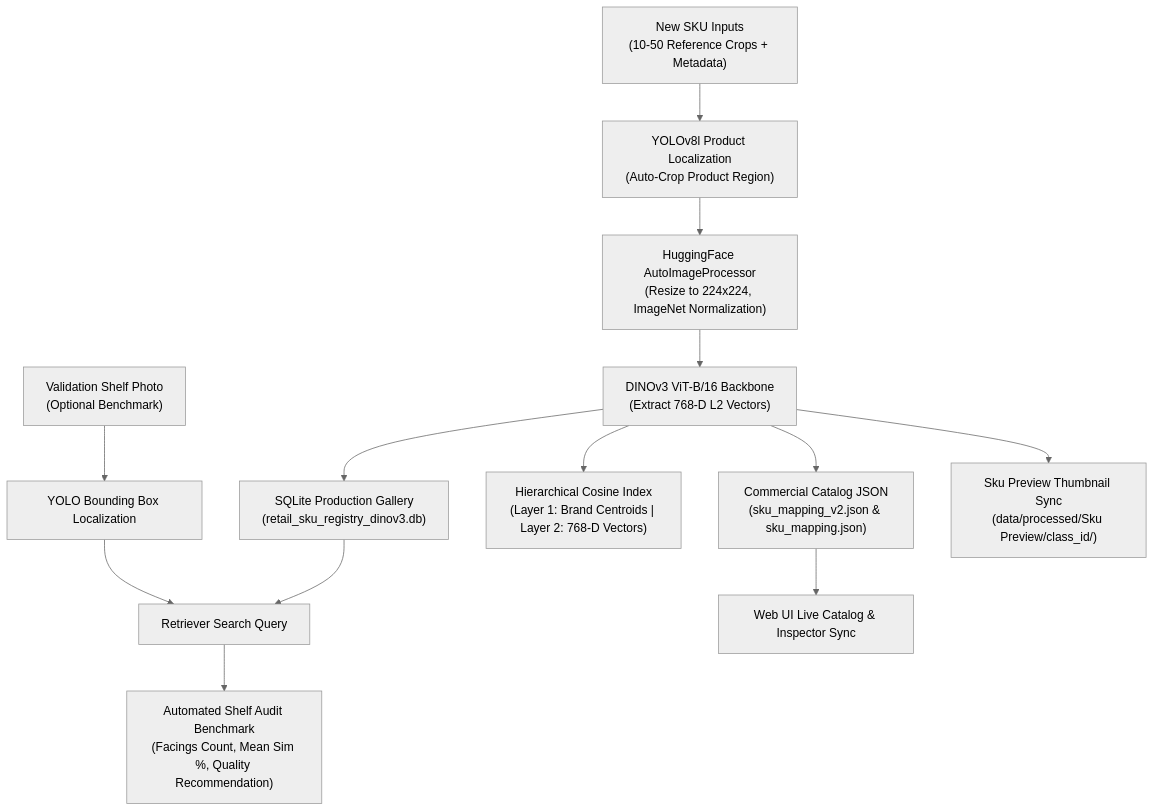
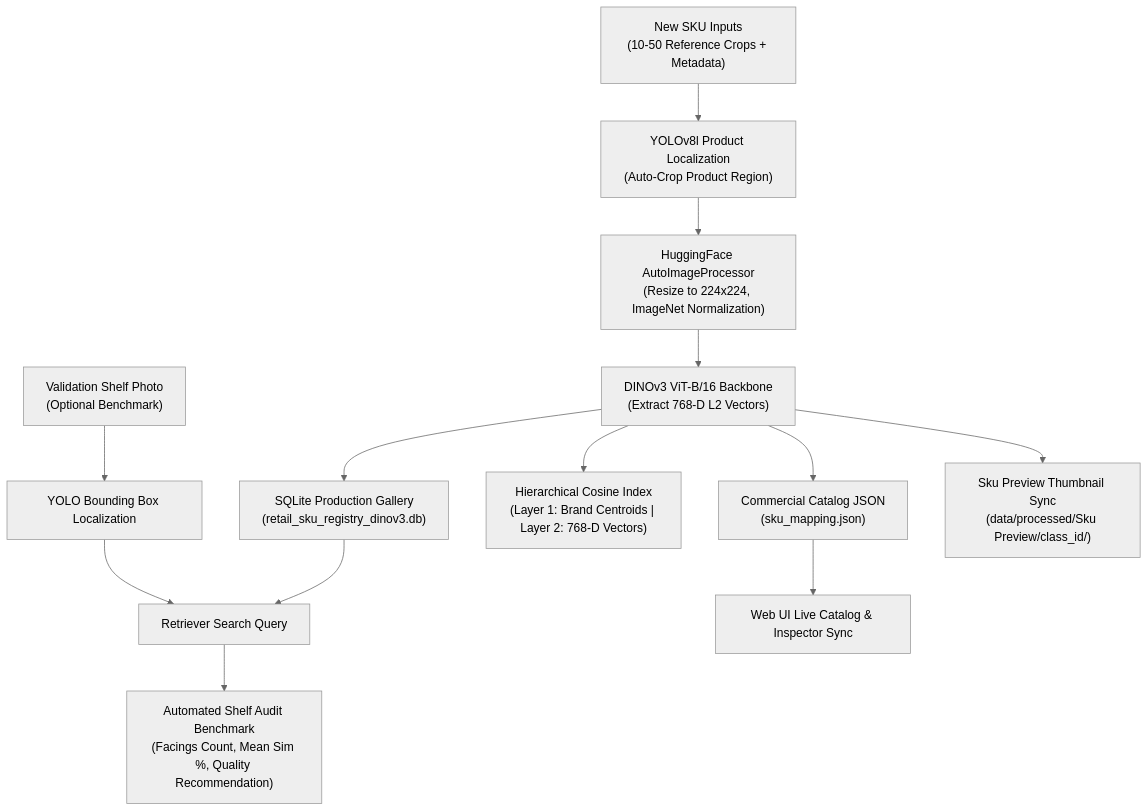
The diagram in PIPELINE_2_NEW_SKU_ONBOARDING_DOCUMENTATION.md (MarwanZaineldeen/shelf-sku-recognition-2), drawn with Mermaid (neutral theme) before and after one commit. The commit also changed other lines of this file and 60 other files, not shown here.

````diff
--- a/PIPELINE_2_NEW_SKU_ONBOARDING_DOCUMENTATION.md
+++ b/PIPELINE_2_NEW_SKU_ONBOARDING_DOCUMENTATION.md
@@ -13,18 +13,18 @@
 ```mermaid
 flowchart TD
     A["New SKU Inputs<br>(10-50 Reference Crops + Metadata)"] --> B["YOLOv8l Product Localization<br>(Auto-Crop Product Region)"]
     A2["Validation Shelf Photo<br>(Optional Benchmark)"] --> V1["YOLO Bounding Box Localization"]
     
     B --> C["HuggingFace AutoImageProcessor<br>(Resize to 224x224, ImageNet Normalization)"]
     C --> D["DINOv3 ViT-B/16 Backbone<br>(Extract 768-D L2 Vectors)"]
     
     D --> E["SQLite Production Gallery<br>(retail_sku_registry_dinov3.db)"]
     D --> F["Hierarchical Cosine Index<br>(Layer 1: Brand Centroids | Layer 2: 768-D Vectors)"]
-    D --> G["Commercial Catalog JSON<br>(sku_mapping_v2.json & sku_mapping.json)"]
+    D --> G["Commercial Catalog JSON<br>(sku_mapping.json)"]
     D --> K["Sku Preview Thumbnail Sync<br>(data/processed/Sku Preview/class_id/)"]
     
     E --> V2["Retriever Search Query"]
     V1 --> V2
     V2 --> H["Automated Shelf Audit Benchmark<br>(Facings Count, Mean Sim %, Quality Recommendation)"]
     G --> I["Web UI Live Catalog & Inspector Sync"]
 ```
````
